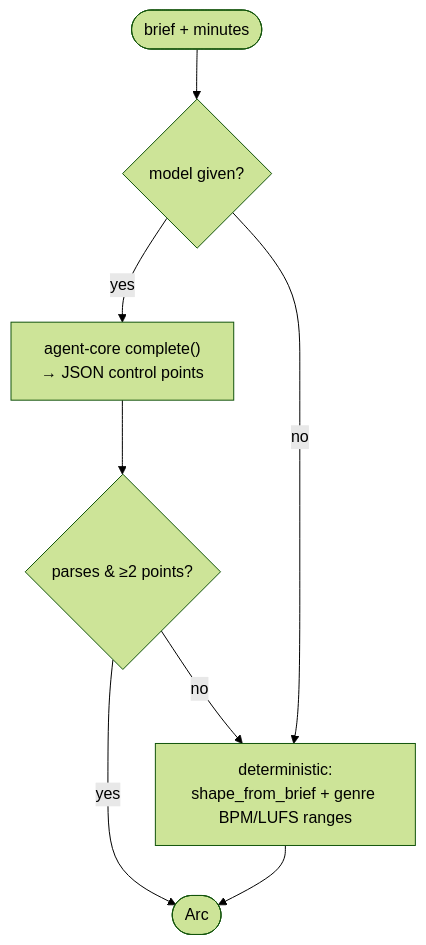
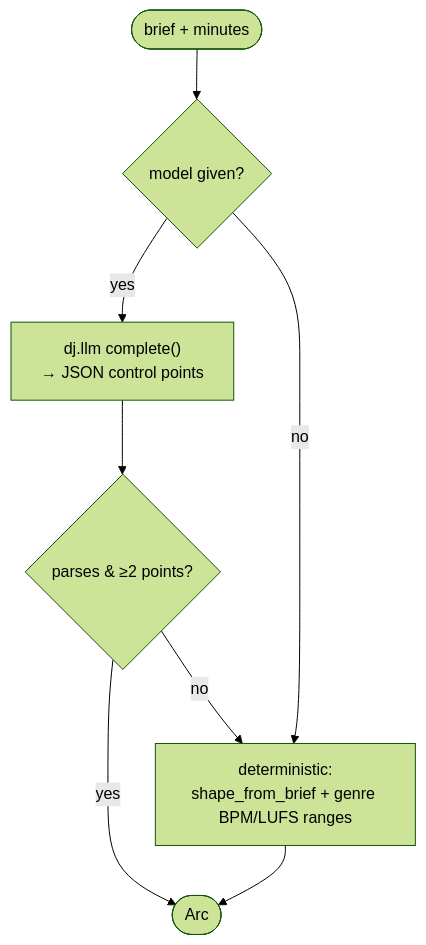
One commit to geogoesbeepboop/dj-agent changed the third of 6 diagrams in docs/set-generation.md. Above: the diagram before and after it, drawn with Mermaid (forest theme). The commit also changed other lines of this file and 46 other files, not shown here.

````diff
--- a/docs/set-generation.md
+++ b/docs/set-generation.md
@@ -55,10 +58,10 @@
 ```mermaid
 flowchart TB
     BR(["brief + minutes"]) --> Q{"model given?"}
-    Q -->|yes| LLM["agent-core complete()<br/>→ JSON control points"]
+    Q -->|yes| LLM["dj.llm complete()<br/>→ JSON control points"]
     LLM --> PA{"parses & ≥2 points?"}
     PA -->|yes| ARC([Arc])
     Q -->|no| DET["deterministic:<br/>shape_from_brief + genre BPM/LUFS ranges"]
     PA -->|no| DET
     DET --> ARC
 ```
````
